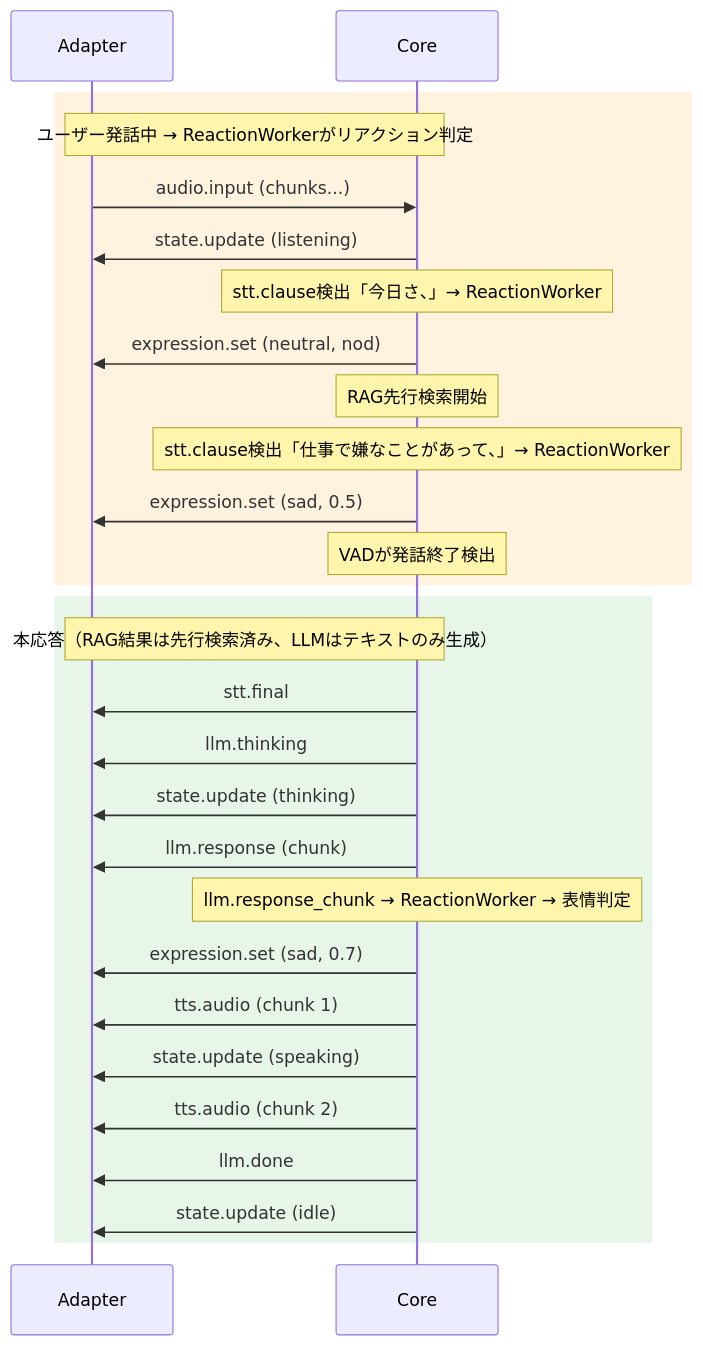
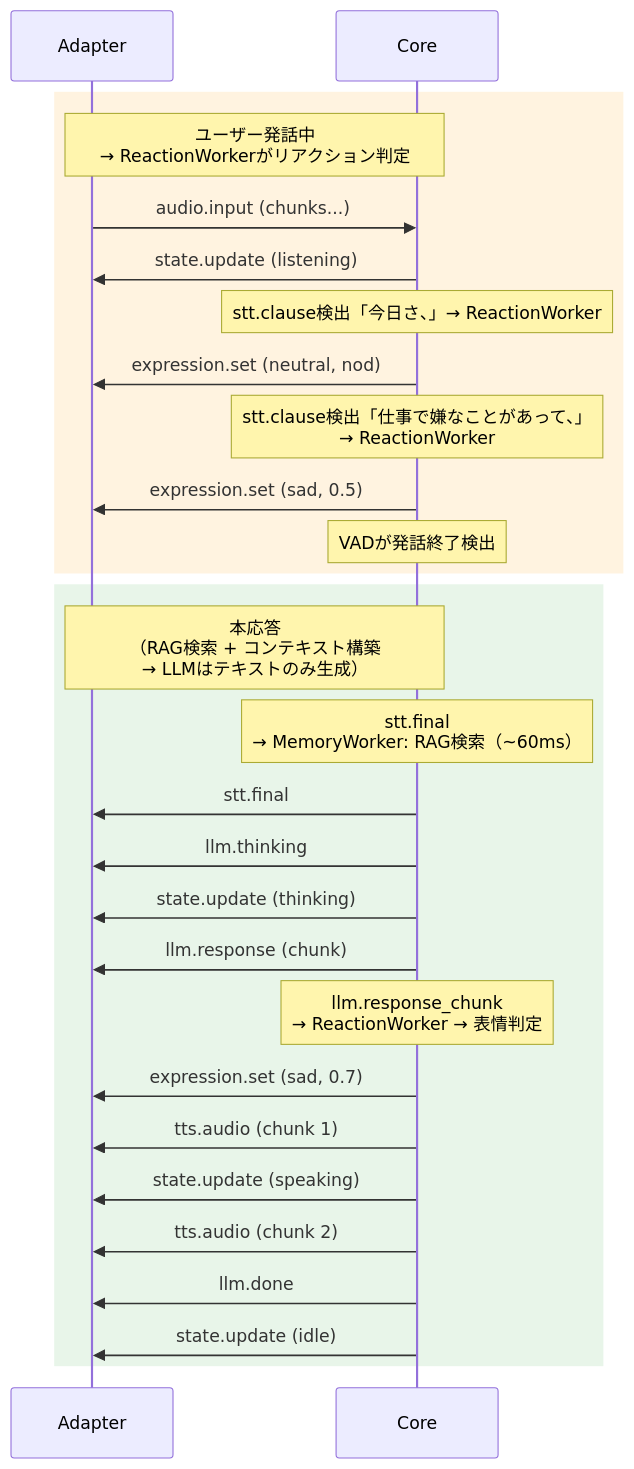
Before and after one commit to miumo6329/ai-avatar-framework: the second of 3 diagrams in docs/protocol.md, drawn with Mermaid. The commit also changed other lines of this file and 3 other files, not shown here.

First line of the commit message:
MemoryWorker/RAGEngine記憶設計の追加: 要約保存・検索タイミング・責務分離

````diff
--- a/docs/protocol.md
+++ b/docs/protocol.md
@@ -344,32 +344,32 @@
 ```mermaid
 sequenceDiagram
   participant Adapter
   participant Core
 
   rect rgb(255, 243, 224)
-    Note over Adapter, Core: ユーザー発話中 → ReactionWorkerがリアクション判定
+    Note over Adapter, Core: ユーザー発話中 <br/>→ ReactionWorkerがリアクション判定
     Adapter->>Core: audio.input (chunks...)
     Core->>Adapter: state.update (listening)
     Note over Core: stt.clause検出「今日さ、」→ ReactionWorker
     Core->>Adapter: expression.set (neutral, nod)
-    Note over Core: RAG先行検索開始
-    Note over Core: stt.clause検出「仕事で嫌なことがあって、」→ ReactionWorker
+    Note over Core: stt.clause検出「仕事で嫌なことがあって、」<br/>→ ReactionWorker
     Core->>Adapter: expression.set (sad, 0.5)
     Note over Core: VADが発話終了検出
   end
 
   rect rgb(232, 245, 233)
-    Note over Adapter, Core: 本応答（RAG結果は先行検索済み、LLMはテキストのみ生成）
+    Note over Adapter, Core: 本応答<br/>（RAG検索 + コンテキスト構築 <br/>→ LLMはテキストのみ生成）
+    Note over Core: stt.final <br/>→ MemoryWorker: RAG検索（~60ms）
     Core->>Adapter: stt.final
     Core->>Adapter: llm.thinking
     Core->>Adapter: state.update (thinking)
     Core->>Adapter: llm.response (chunk)
-    Note over Core: llm.response_chunk → ReactionWorker → 表情判定
+    Note over Core: llm.response_chunk <br/>→ ReactionWorker → 表情判定
     Core->>Adapter: expression.set (sad, 0.7)
     Core->>Adapter: tts.audio (chunk 1)
     Core->>Adapter: state.update (speaking)
     Core->>Adapter: tts.audio (chunk 2)
     Core->>Adapter: llm.done
     Core->>Adapter: state.update (idle)
   end
 ```
````
